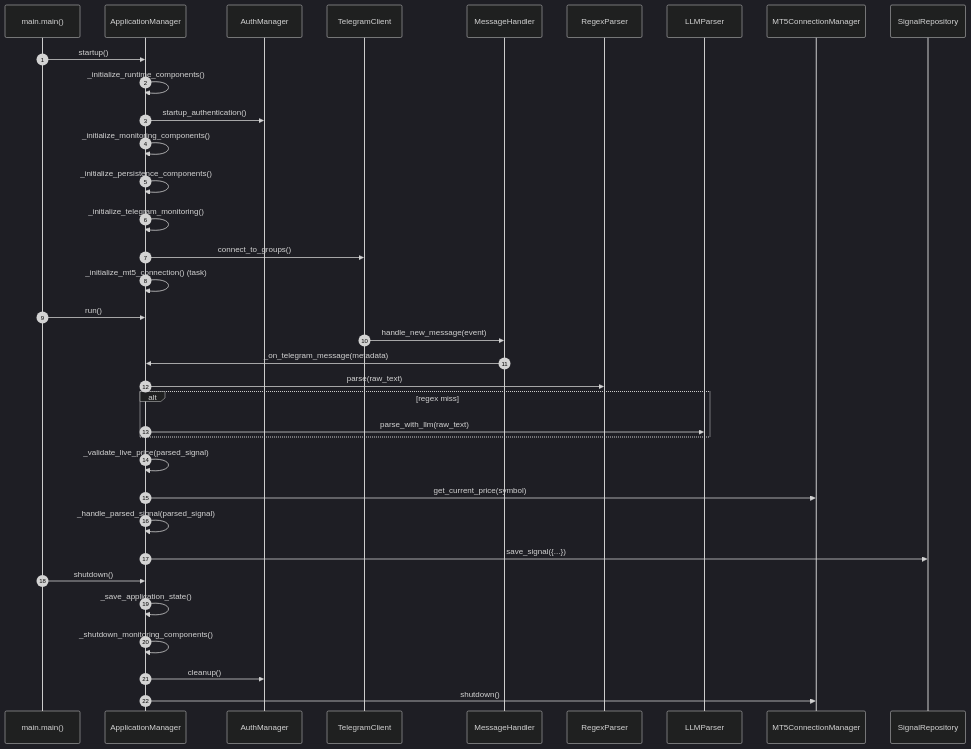
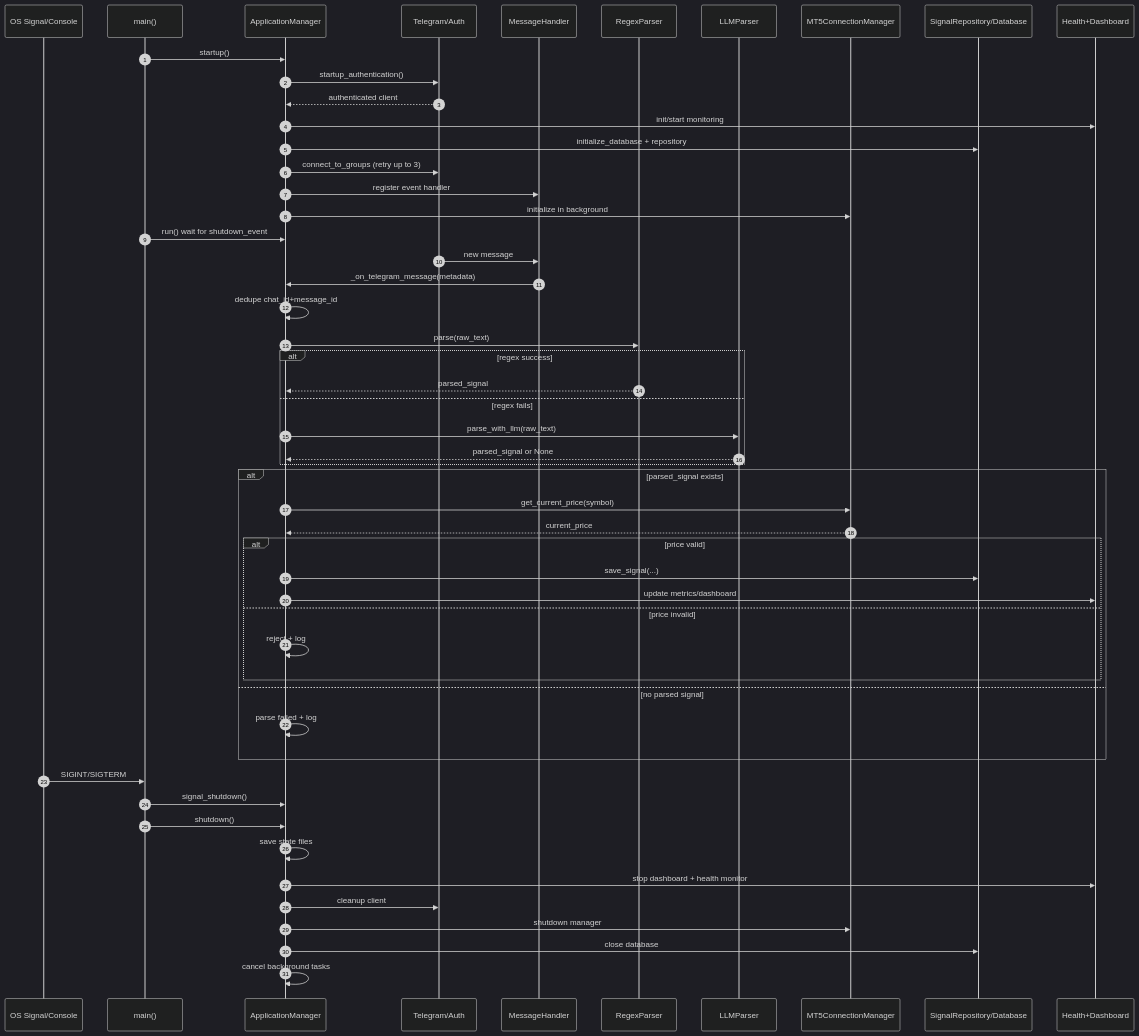
Before and after one commit to TarhiRedouane/telegram-signal-mt5: the diagram in docs/architecture/diagrams/current-runtime-flow-method-names.mmd, drawn with Mermaid (dark theme).

Commit message:
diag update

```diff
--- a/docs/architecture/diagrams/current-runtime-flow-method-names.mmd
+++ b/docs/architecture/diagrams/current-runtime-flow-method-names.mmd
@@ -1,38 +1,57 @@
 sequenceDiagram
     autonumber
-    participant main as main.main()
-    participant app as ApplicationManager
-    participant auth as AuthManager
-    participant tg as TelegramClient
-    participant mh as MessageHandler
-    participant rp as RegexParser
-    participant lp as LLMParser
-    participant mt5 as MT5ConnectionManager
-    participant db as SignalRepository
+    participant OS as OS Signal/Console
+    participant M as main()
+    participant A as ApplicationManager
+    participant TG as Telegram/Auth
+    participant MH as MessageHandler
+    participant RP as RegexParser
+    participant LP as LLMParser
+    participant MT5 as MT5ConnectionManager
+    participant DB as SignalRepository/Database
+    participant MON as Health+Dashboard
 
-    main->>app: startup()
-    app->>app: _initialize_runtime_components()
-    app->>auth: startup_authentication()
-    app->>app: _initialize_monitoring_components()
-    app->>app: _initialize_persistence_components()
-    app->>app: _initialize_telegram_monitoring()
-    app->>tg: connect_to_groups()
-    app->>app: _initialize_mt5_connection() (task)
-    main->>app: run()
+    M->>A: startup()
+    A->>TG: startup_authentication()
+    TG-->>A: authenticated client
+    A->>MON: init/start monitoring
+    A->>DB: initialize_database + repository
+    A->>TG: connect_to_groups (retry up to 3)
+    A->>MH: register event handler
+    A->>MT5: initialize in background
+    M->>A: run() wait for shutdown_event
 
-    tg->>mh: handle_new_message(event)
-    mh->>app: _on_telegram_message(metadata)
-    app->>rp: parse(raw_text)
-    alt regex miss
-        app->>lp: parse_with_llm(raw_text)
+    TG->>MH: new message
+    MH->>A: _on_telegram_message(metadata)
+    A->>A: dedupe chat_id+message_id
+    A->>RP: parse(raw_text)
+
+    alt regex success
+        RP-->>A: parsed_signal
+    else regex fails
+        A->>LP: parse_with_llm(raw_text)
+        LP-->>A: parsed_signal or None
     end
-    app->>app: _validate_live_price(parsed_signal)
-    app->>mt5: get_current_price(symbol)
-    app->>app: _handle_parsed_signal(parsed_signal)
-    app->>db: save_signal({...})
 
-    main->>app: shutdown()
-    app->>app: _save_application_state()
-    app->>app: _shutdown_monitoring_components()
-    app->>auth: cleanup()
-    app->>mt5: shutdown()
+    alt parsed_signal exists
+        A->>MT5: get_current_price(symbol)
+        MT5-->>A: current_price
+        alt price valid
+            A->>DB: save_signal(...)
+            A->>MON: update metrics/dashboard
+        else price invalid
+            A->>A: reject + log
+        end
+    else no parsed signal
+        A->>A: parse failed + log
+    end
+
+    OS->>M: SIGINT/SIGTERM
+    M->>A: signal_shutdown()
+    M->>A: shutdown()
+    A->>A: save state files
+    A->>MON: stop dashboard + health monitor
+    A->>TG: cleanup client
+    A->>MT5: shutdown manager
+    A->>DB: close database
+    A->>A: cancel background tasks
```
